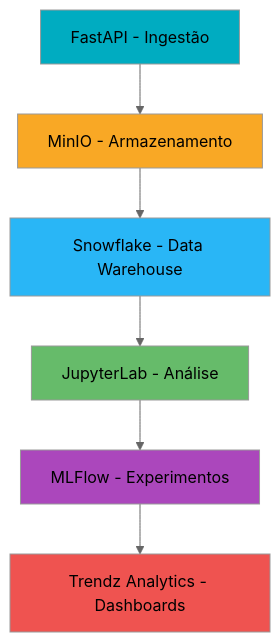
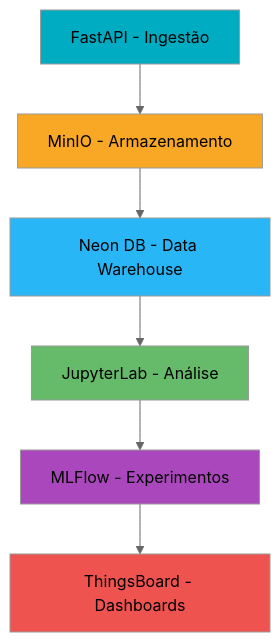
Before and after one commit to Taverna-Hub/Projeto-AVD: the diagram in README.md, drawn with Mermaid (neutral theme). The commit also changed other lines of this file and 3 other files, not shown here.

````diff
--- a/README.md
+++ b/README.md
@@ -27,15 +27,15 @@
 ```mermaid
 graph TD
     A[FastAPI - Ingestão] --> B[MinIO - Armazenamento]
-    B --> C[Snowflake - Data Warehouse]
+    B --> C[Neon DB - Data Warehouse]
     C --> D[JupyterLab - Análise]
     D --> E[MLFlow - Experimentos]
-    E --> F[Trendz Analytics - Dashboards]
+    E --> F[ThingsBoard - Dashboards]
     
     style A fill:#00acc1
     style B fill:#f9a825
     style C fill:#29b6f6
     style D fill:#66bb6a
     style E fill:#ab47bc
     style F fill:#ef5350
 ```
````
